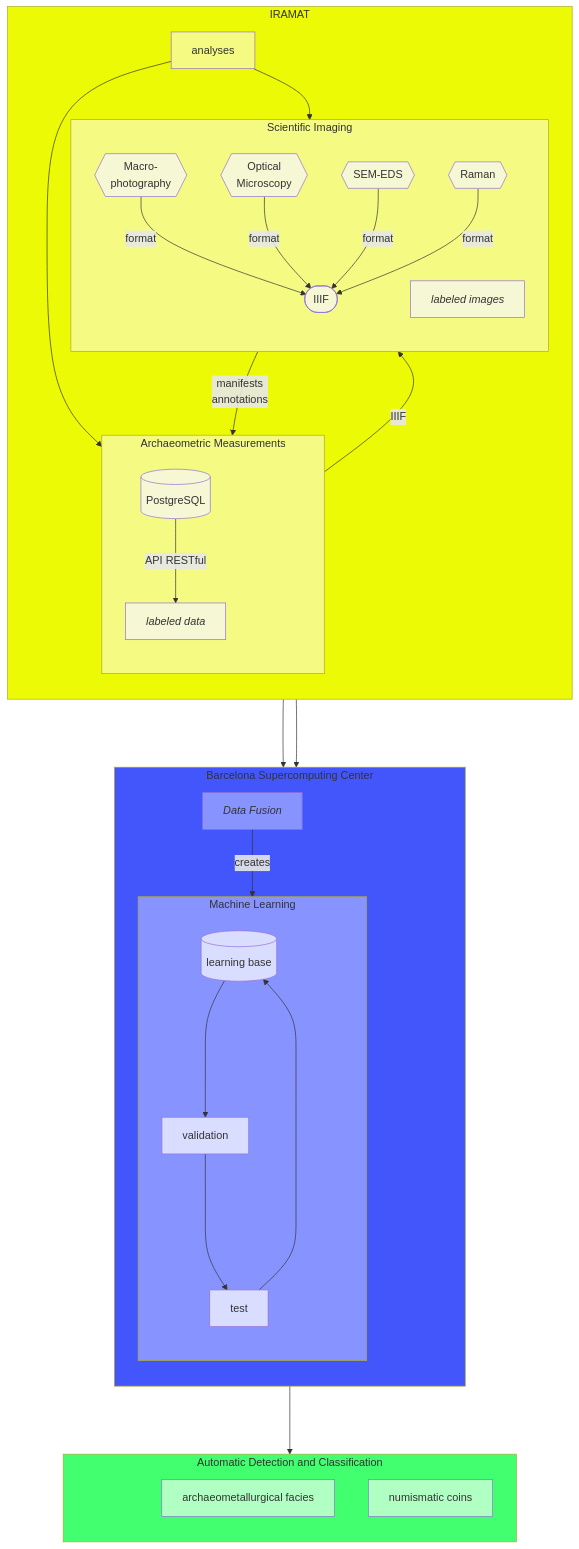
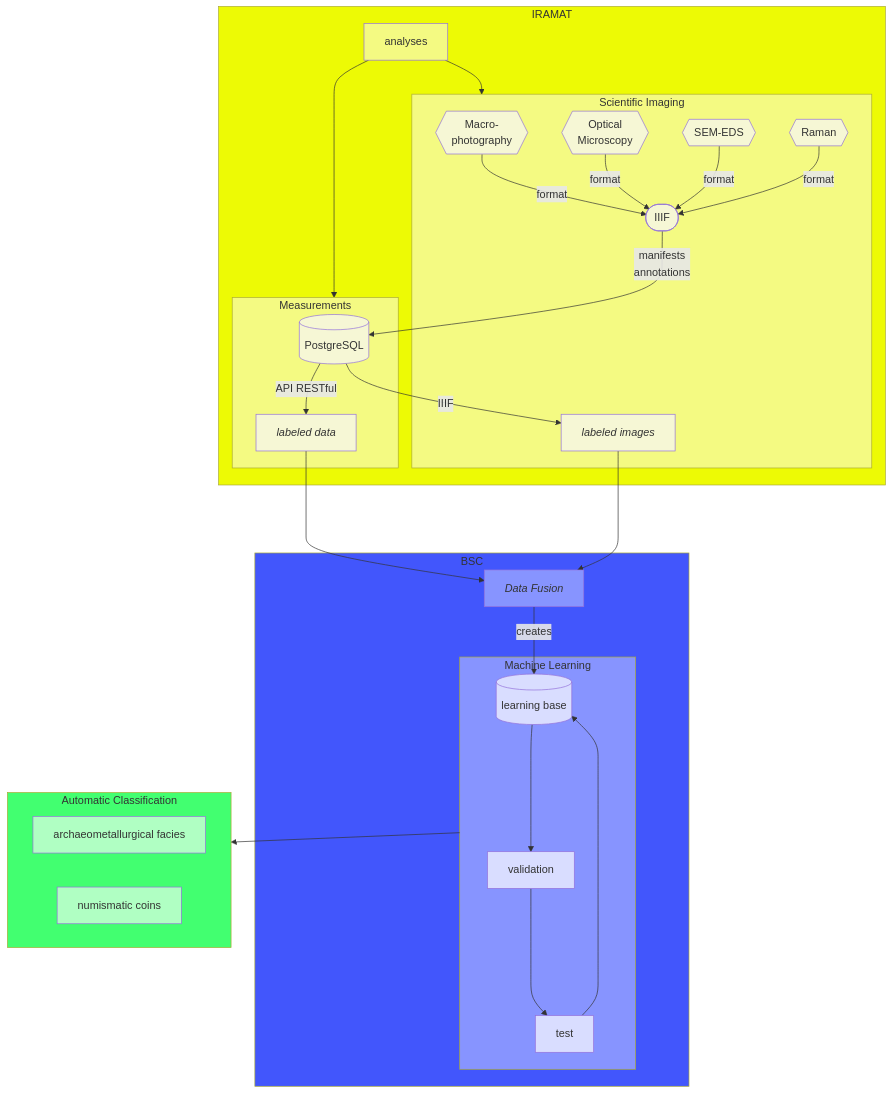
The diagram in talks/2026-bsc/README.md (iramat/iramat-dev), drawn with Mermaid before and after one commit.

Commit message:
BSC workflow simplified

````diff
--- a/talks/2026-bsc/README.md
+++ b/talks/2026-bsc/README.md
@@ -4,25 +4,14 @@
 ```mermaid
 flowchart TD
   subgraph IRAMAT[IRAMAT]
-    direction TB
-    IRAMAT_spacer[" "]:::spacer
-
     BD[(PostgreSQL)]
     analyses
     analyses --> IRAMATdata
     analyses --> IRAMATimg
-
-    subgraph IRAMATdata[Archaeometric Measurements]
-        direction TB
-        IRAMATdata_spacer[" "]:::spacer
-
+    subgraph IRAMATdata[Measurements]
         BD -- API RESTful --> APIdata[<em>labeled data</em>]
     end
-
     subgraph IRAMATimg[Scientific Imaging]
-        direction TB
-        IRAMATimg_spacer[" "]:::spacer
-
         Macro{{Macro-<br>photography}} -- format --> IIIF([IIIF])
         Opt{{Optical<br>Microscopy}} -- format --> IIIF
         SEM{{SEM-EDS}} -- format --> IIIF
@@ -31,61 +20,45 @@
         BD -- IIIF --> IIIFmanifest[<em>labeled images</em>]
     end
   end
-
   APIdata ---> PyExtract[<em>Data Fusion</em>]
   IIIFmanifest ---> PyExtract
-
-  subgraph BSC[Barcelona Supercomputing Center]
-    direction TB
-    BSC_spacer[" "]:::spacer
-
+  subgraph BSC[BSC]
     PyExtract -- creates --> MLlearn[(learning base)]
     subgraph ML[Machine Learning]
-      direction TB
-      ML_spacer[" "]:::spacer
-
       MLlearn ---> MLvalid[validation]
       MLvalid ---> MLtest[test]
       MLtest --> MLlearn
     end
   end
-
-  subgraph out[Automatic Detection and Classification]
-    direction TB
-    out_spacer[" "]:::spacer
-
-    ResMet[archaeometallurgical facies]
-    ResNum[numismatic coins]
-  end
-
+    subgraph out[Automatic Classification]
+      ResMet[archaeometallurgical facies]
+      ResNum[numismatic coins]
+    end
   ML ---> out
 
-  classDef spacer fill:transparent,stroke:transparent,color:transparent;
+style BD fill:#cccccc
 
-  style BD fill:#cccccc
+style IRAMAT fill:#edfa05
+style analyses fill:#f4fa82
+style IRAMATdata fill:#f4fa82
+style IRAMATimg fill:#f4fa82
+style Macro fill:#f6f7d5
+style Opt fill:#f6f7d5
+style SEM fill:#f6f7d5
+style Raman fill:#f6f7d5
+style IIIF fill:#f6f7d5
+style IIIFmanifest fill:#f6f7d5
+style BD fill:#f6f7d5
+style APIdata fill:#f6f7d5
 
-  style IRAMAT fill:#edfa05
-  style analyses fill:#f4fa82
-  style IRAMATdata fill:#f4fa82
-  style IRAMATimg fill:#f4fa82
-  style Macro fill:#f6f7d5
-  style Opt fill:#f6f7d5
-  style SEM fill:#f6f7d5
-  style Raman fill:#f6f7d5
-  style IIIF fill:#f6f7d5
-  style IIIFmanifest fill:#f6f7d5
-  style BD fill:#f6f7d5
-  style APIdata fill:#f6f7d5
+style BSC fill:#4256fc
+style PyExtract fill:#8794ff
+style ML fill:#8794ff
+style MLlearn fill:#d9ddff
+style MLvalid fill:#d9ddff
+style MLtest fill:#d9ddff
 
-  style BSC fill:#4256fc
-  style PyExtract fill:#8794ff
-  style ML fill:#8794ff
-  style MLlearn fill:#d9ddff
-  style MLvalid fill:#d9ddff
-  style MLtest fill:#d9ddff
-
-  style out fill:#42ff70
-  style ResMet fill:#b0ffc3
-  style ResNum fill:#b0ffc3
-
+style out fill:#42ff70
+style ResMet fill:#b0ffc3
+style ResNum fill:#b0ffc3
 ```
````
